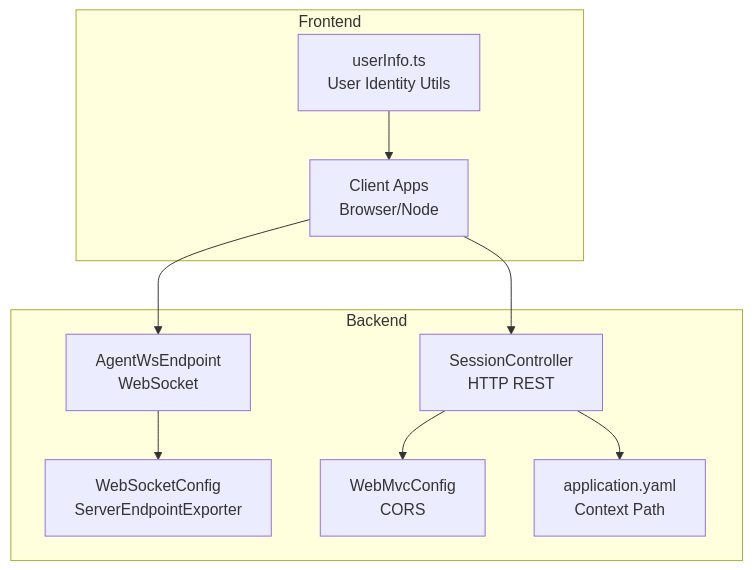
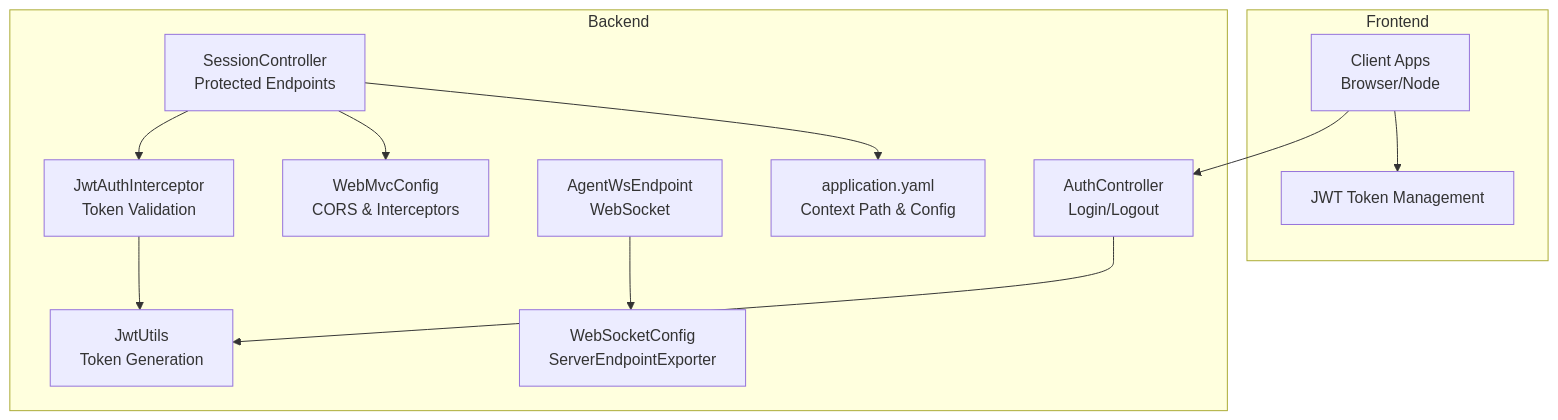
The first of 8 diagrams in .qoder/repowiki/en/content/API Reference/Authentication and Authorization.md (alibaba/tron-one-agent), drawn with Mermaid before and after one commit. The commit also changed other lines of this file and 13 other files, not shown here.

````diff
--- a/.qoder/repowiki/en/content/API Reference/Authentication and Authorization.md
+++ b/.qoder/repowiki/en/content/API Reference/Authentication and Authorization.md
@@ -38,20 +51,25 @@
 ```mermaid
 graph TB
 subgraph "Frontend"
 FE_Client["Client Apps<br/>Browser/Node"]
-FE_Utils["userInfo.ts<br/>User Identity Utils"]
+FE_Token["JWT Token Management"]
 end
 subgraph "Backend"
-SC["SessionController<br/>HTTP REST"]
+AC["AuthController<br/>Login/Logout"]
+JAI["JwtAuthInterceptor<br/>Token Validation"]
+JWU["JwtUtils<br/>Token Generation"]
+SC["SessionController<br/>Protected Endpoints"]
 WSEndpoint["AgentWsEndpoint<br/>WebSocket"]
 WSCfg["WebSocketConfig<br/>ServerEndpointExporter"]
-WMCfg["WebMvcConfig<br/>CORS"]
-CfgYaml["application.yaml<br/>Context Path"]
+WMCfg["WebMvcConfig<br/>CORS & Interceptors"]
+CfgYaml["application.yaml<br/>Context Path & Config"]
 end
-FE_Client --> SC
-FE_Client --> WSEndpoint
-FE_Utils --> FE_Client
+FE_Client --> AC
+FE_Client --> FE_Token
+AC --> JWU
+JAI --> JWU
+SC --> JAI
 WSEndpoint --> WSCfg
 SC --> WMCfg
 SC --> CfgYaml
 ```
````
